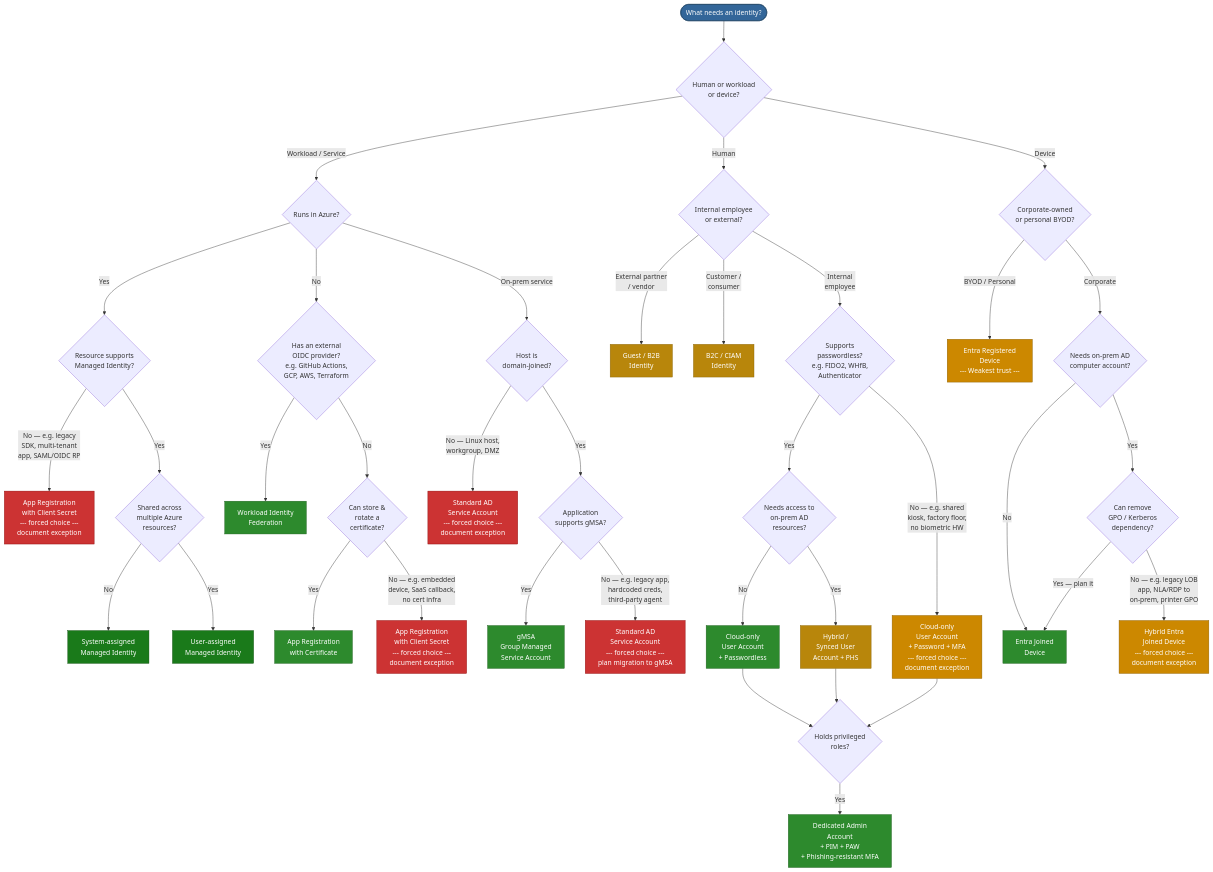
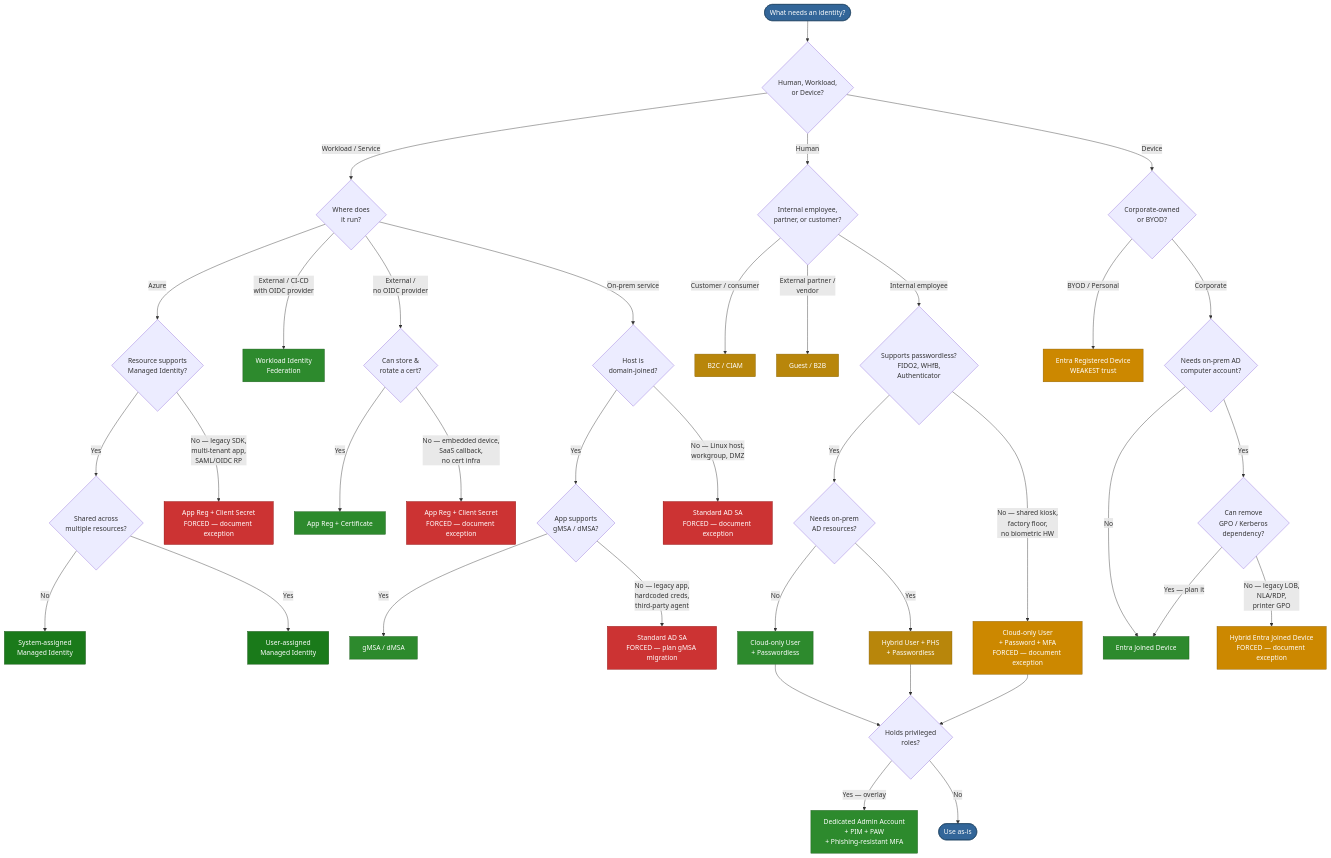
Before and after one commit to FrederikLeed/IdentityTypesAndAuth: the diagram in Entra-AD-Identity-Types-and-Authentication.md, drawn with Mermaid. The commit also changed other lines of this file and 9 other files, not shown here.

First line of the commit message:
Restructure decision tree, add dMSA, render mermaid in DOCX

````diff
--- a/Entra-AD-Identity-Types-and-Authentication.md
+++ b/Entra-AD-Identity-Types-and-Authentication.md
@@ -34,73 +34,66 @@
 ```mermaid
 flowchart TD
-    Start([What needs an identity?]) --> WhoWhat{Human or workload<br/>or device?}
+    Start([What needs an identity?]) --> Type{Human, Workload,<br/>or Device?}
 
-    %% ── WORKLOAD BRANCH ──
-    WhoWhat -->|Workload / Service| Azure{Runs in Azure?}
+    %% ============ WORKLOAD ============
+    Type -->|Workload / Service| WLoc{Where does<br/>it run?}
 
-    Azure -->|Yes| MIBlock{Resource supports<br/>Managed Identity?}
-
-    MIBlock -->|No — e.g. legacy<br/>SDK, multi-tenant<br/>app, SAML/OIDC RP| APP_SECRET_AZ[App Registration<br/>with Client Secret<br/>--- forced choice ---<br/>document exception]
-
-    MIBlock -->|Yes| Shared{Shared across<br/>multiple Azure<br/>resources?}
+    WLoc -->|Azure| MIBlock{Resource supports<br/>Managed Identity?}
+    MIBlock -->|Yes| Shared{Shared across<br/>multiple resources?}
     Shared -->|No| MI_SYS[System-assigned<br/>Managed Identity]
     Shared -->|Yes| MI_USER[User-assigned<br/>Managed Identity]
+    MIBlock -->|No — legacy SDK,<br/>multi-tenant app,<br/>SAML/OIDC RP| APP_SEC_AZ[App Reg + Client Secret<br/>FORCED — document exception]
 
-    Azure -->|No| ExtIdP{Has an external<br/>OIDC provider?<br/>e.g. GitHub Actions,<br/>GCP, AWS, Terraform}
-    ExtIdP -->|Yes| WIF[Workload Identity<br/>Federation]
-    ExtIdP -->|No| CertOK{Can store &amp;<br/>rotate a<br/>certificate?}
-    CertOK -->|Yes| APP_CERT[App Registration<br/>with Certificate]
-    CertOK -->|No — e.g. embedded<br/>device, SaaS callback,<br/>no cert infra| APP_SECRET[App Registration<br/>with Client Secret<br/>--- forced choice ---<br/>document exception]
+    WLoc -->|External / CI-CD<br/>with OIDC provider| WIF[Workload Identity<br/>Federation]
 
-    %% ── ON-PREM SERVICE SUB-BRANCH ──
-    Azure -- On-prem service --> OnPremDomain{Host is<br/>domain-joined?}
-    OnPremDomain -->|No — Linux host,<br/>workgroup, DMZ| LEGACY_SA_FORCED[Standard AD<br/>Service Account<br/>--- forced choice ---<br/>document exception]
-    OnPremDomain -->|Yes| OnPrem{Application<br/>supports gMSA?}
-    OnPrem -->|Yes| GMSA[gMSA<br/>Group Managed<br/>Service Account]
-    OnPrem -->|No — e.g. legacy app,<br/>hardcoded creds,<br/>third-party agent| LEGACY_SA[Standard AD<br/>Service Account<br/>--- forced choice ---<br/>plan migration to gMSA]
+    WLoc -->|External /<br/>no OIDC provider| CertOK{Can store &amp;<br/>rotate a cert?}
+    CertOK -->|Yes| APP_CERT[App Reg + Certificate]
+    CertOK -->|No — embedded device,<br/>SaaS callback,<br/>no cert infra| APP_SEC[App Reg + Client Secret<br/>FORCED — document exception]
 
-    %% ── HUMAN BRANCH ──
-    WhoWhat -->|Human| HumanType{Internal employee<br/>or external?}
+    WLoc -->|On-prem service| OPDom{Host is<br/>domain-joined?}
+    OPDom -->|Yes| GMSAOK{App supports<br/>gMSA / dMSA?}
+    GMSAOK -->|Yes| GMSA[gMSA / dMSA]
+    GMSAOK -->|No — legacy app,<br/>hardcoded creds,<br/>third-party agent| LSA[Standard AD SA<br/>FORCED — plan gMSA migration]
+    OPDom -->|No — Linux host,<br/>workgroup, DMZ| LSA_F[Standard AD SA<br/>FORCED — document exception]
 
-    HumanType -->|External partner<br/>/ vendor| GUEST[Guest / B2B<br/>Identity]
-    HumanType -->|Customer /<br/>consumer| B2C[B2C / CIAM<br/>Identity]
+    %% ============ HUMAN ============
+    Type -->|Human| Who{Internal employee,<br/>partner, or customer?}
+    Who -->|Customer / consumer| B2C[B2C / CIAM]
+    Who -->|External partner /<br/>vendor| GUEST[Guest / B2B]
+    Who -->|Internal employee| PWless{Supports passwordless?<br/>FIDO2, WHfB,<br/>Authenticator}
 
-    HumanType -->|Internal<br/>employee| PwdlessOK{Supports<br/>passwordless?<br/>e.g. FIDO2, WHfB,<br/>Authenticator}
-    PwdlessOK -->|No — e.g. shared<br/>kiosk, factory floor,<br/>no biometric HW| CLOUD_PWD[Cloud-only<br/>User Account<br/>+ Password + MFA<br/>--- forced choice ---<br/>document exception]
-    PwdlessOK -->|Yes| OnPremNeeded{Needs access to<br/>on-prem AD<br/>resources?}
-    OnPremNeeded -->|No| CLOUD[Cloud-only<br/>User Account<br/>+ Passwordless]
-    OnPremNeeded -->|Yes| HYBRID[Hybrid /<br/>Synced User<br/>Account + PHS]
+    PWless -->|Yes| OnPremNeed{Needs on-prem<br/>AD resources?}
+    OnPremNeed -->|No| CLOUD[Cloud-only User<br/>+ Passwordless]
+    OnPremNeed -->|Yes| HYBRID[Hybrid User + PHS<br/>+ Passwordless]
+    PWless -->|No — shared kiosk,<br/>factory floor,<br/>no biometric HW| CLOUD_PWD[Cloud-only User<br/>+ Password + MFA<br/>FORCED — document exception]
 
     CLOUD --> Priv{Holds privileged<br/>roles?}
     HYBRID --> Priv
     CLOUD_PWD --> Priv
+    Priv -->|Yes — overlay| PRIV[Dedicated Admin Account<br/>+ PIM + PAW<br/>+ Phishing-resistant MFA]
+    Priv -->|No| Std([Use as-is])
 
-    Priv -->|Yes| PRIV_ACC[Dedicated Admin<br/>Account<br/>+ PIM + PAW<br/>+ Phishing-resistant MFA]
-
-    %% ── DEVICE BRANCH ──
-    WhoWhat -->|Device| DevOwner{Corporate-owned<br/>or personal BYOD?}
-
-    DevOwner -->|BYOD / Personal| REGISTERED[Entra Registered<br/>Device<br/>--- Weakest trust ---]
-
-    DevOwner -->|Corporate| DevOnPrem{Needs on-prem AD<br/>computer account?}
-    DevOnPrem -->|No| ENTRA_JOIN[Entra Joined<br/>Device]
-    DevOnPrem -->|Yes| DevCanMigrate{Can remove<br/>GPO / Kerberos<br/>dependency?}
-    DevCanMigrate -->|Yes — plan it| ENTRA_JOIN
-    DevCanMigrate -->|No — e.g. legacy LOB<br/>app, NLA/RDP to<br/>on-prem, printer GPO| HYBRID_JOIN[Hybrid Entra<br/>Joined Device<br/>--- forced choice ---<br/>document exception]
+    %% ============ DEVICE ============
+    Type -->|Device| DOwn{Corporate-owned<br/>or BYOD?}
+    DOwn -->|BYOD / Personal| REG[Entra Registered Device<br/>WEAKEST trust]
+    DOwn -->|Corporate| DOnPrem{Needs on-prem AD<br/>computer account?}
+    DOnPrem -->|No| EJ[Entra Joined Device]
+    DOnPrem -->|Yes| Migrate{Can remove<br/>GPO / Kerberos<br/>dependency?}
+    Migrate -->|Yes — plan it| EJ
+    Migrate -->|No — legacy LOB,<br/>NLA/RDP,<br/>printer GPO| HJ[Hybrid Entra Joined Device<br/>FORCED — document exception]
 
     %% ── STYLES ──
     classDef best fill:#1a7a1a,stroke:#0d4d0d,color:#fff
     classDef good fill:#2d8a2d,stroke:#1a5c1a,color:#fff
     classDef ok fill:#b8860b,stroke:#8b6508,color:#fff
     classDef avoid fill:#cc3333,stroke:#8b0000,color:#fff
     classDef transition fill:#cc8800,stroke:#8b5e00,color:#fff
     classDef neutral fill:#336699,stroke:#1a3d5c,color:#fff
 
     class MI_SYS,MI_USER best
-    class WIF,CLOUD good
-    class GMSA,APP_CERT,ENTRA_JOIN,PRIV_ACC good
+    class WIF,CLOUD,GMSA,APP_CERT,EJ,PRIV good
     class HYBRID,GUEST,B2C ok
-    class APP_SECRET,LEGACY_SA,LEGACY_SA_FORCED,APP_SECRET_AZ avoid
-    class HYBRID_JOIN,REGISTERED,CLOUD_PWD transition
-    class Start neutral
+    class APP_SEC,APP_SEC_AZ,LSA,LSA_F avoid
+    class HJ,REG,CLOUD_PWD transition
+    class Start,Std neutral
 ```
````
